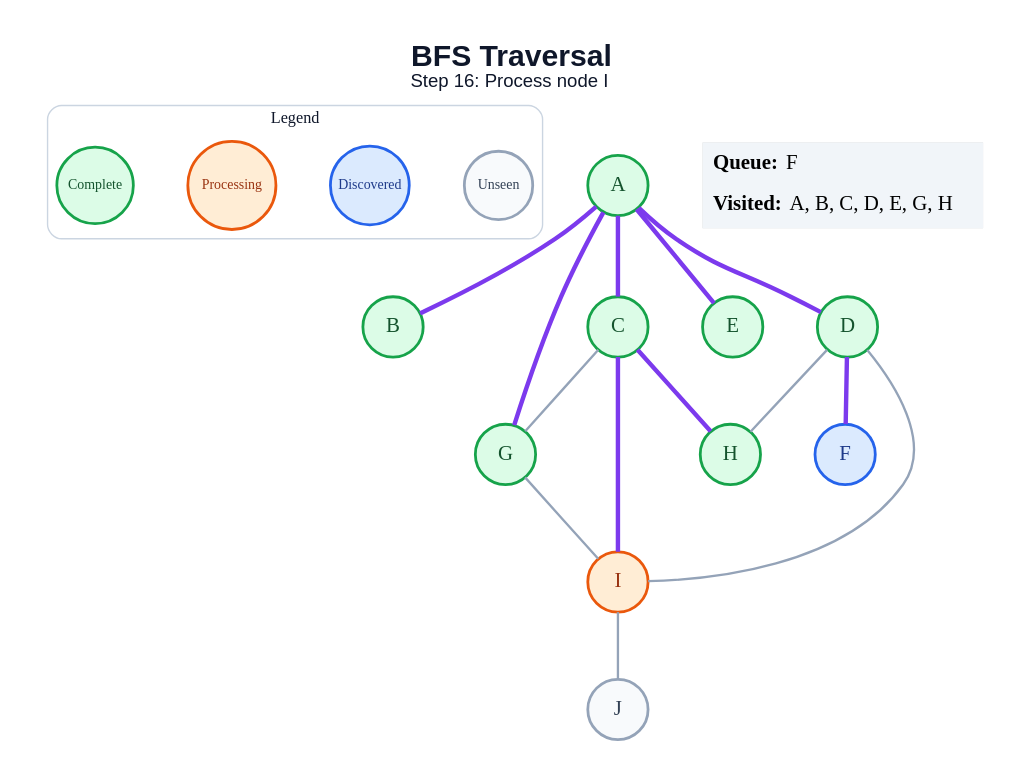
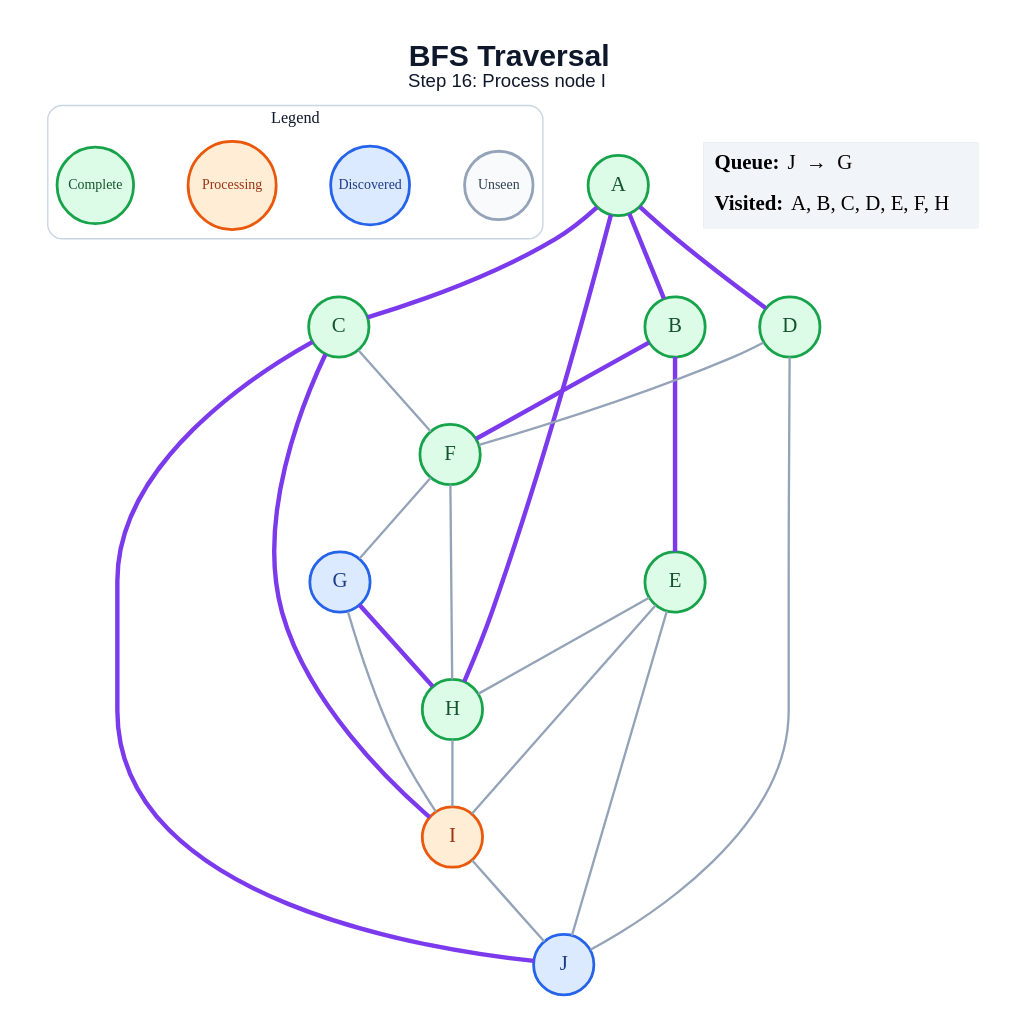
One commit to amanghodawala9/ai-slop changed the diagram in generated/bfs/step_16.dot. Above: the diagram before and after it, drawn with Graphviz. The commit also changed 178 other files, not shown here.

```diff
--- a/generated/bfs/step_16.dot
+++ b/generated/bfs/step_16.dot
@@ -1,42 +1,49 @@
 graph traversal {
   graph [layout=dot, rankdir=TB, bgcolor="#FFFFFF", pad="0.35", nodesep="0.65", ranksep="0.8", fontname="Arial"];
   node [shape=circle, style="filled", fontname="Arial Bold", fontsize=18, width=0.72, fixedsize=true, penwidth=2.4];
   edge [color="#94A3B8", penwidth=2.0];
   label=<<B>BFS Traversal</B><BR/><FONT POINT-SIZE="16">Step 16: Process node I</FONT>>; labelloc="t"; fontsize=26; fontname="Arial"; fontcolor="#0F172A";
   subgraph cluster_legend { label="Legend"; color="#CBD5E1"; penwidth=1.2; style="rounded"; fontsize=14; fontname="Arial Bold";
     key_unseen [label="Unseen", fillcolor="#F8FAFC", color="#94A3B8", fontcolor="#334155", fontsize=12, width=0.82];
     key_frontier [label="Discovered", fillcolor="#DBEAFE", color="#2563EB", fontcolor="#1E3A8A", fontsize=12, width=0.95];
     key_current [label="Processing", fillcolor="#FFEDD5", color="#EA580C", fontcolor="#9A3412", fontsize=12, width=1.05];
     key_done [label="Complete", fillcolor="#DCFCE7", color="#16A34A", fontcolor="#14532D", fontsize=12, width=0.92];
     { rank=same; key_unseen; key_frontier; key_current; key_done; }
   }
   A [fillcolor="#DCFCE7", color="#16A34A", fontcolor="#14532D"];
   B [fillcolor="#DCFCE7", color="#16A34A", fontcolor="#14532D"];
   C [fillcolor="#DCFCE7", color="#16A34A", fontcolor="#14532D"];
   D [fillcolor="#DCFCE7", color="#16A34A", fontcolor="#14532D"];
   E [fillcolor="#DCFCE7", color="#16A34A", fontcolor="#14532D"];
-  F [fillcolor="#DBEAFE", color="#2563EB", fontcolor="#1E3A8A"];
-  G [fillcolor="#DCFCE7", color="#16A34A", fontcolor="#14532D"];
+  F [fillcolor="#DCFCE7", color="#16A34A", fontcolor="#14532D"];
+  G [fillcolor="#DBEAFE", color="#2563EB", fontcolor="#1E3A8A"];
   H [fillcolor="#DCFCE7", color="#16A34A", fontcolor="#14532D"];
   I [fillcolor="#FFEDD5", color="#EA580C", fontcolor="#9A3412"];
-  J [fillcolor="#F8FAFC", color="#94A3B8", fontcolor="#334155"];
+  J [fillcolor="#DBEAFE", color="#2563EB", fontcolor="#1E3A8A"];
   A -- B [color="#7C3AED", penwidth=3.8];
   A -- C [color="#7C3AED", penwidth=3.8];
   A -- D [color="#7C3AED", penwidth=3.8];
-  A -- E [color="#7C3AED", penwidth=3.8];
-  A -- G [color="#7C3AED", penwidth=3.8];
-  C -- G;
-  C -- H [color="#7C3AED", penwidth=3.8];
+  A -- H [color="#7C3AED", penwidth=3.8];
+  B -- E [color="#7C3AED", penwidth=3.8];
+  B -- F [color="#7C3AED", penwidth=3.8];
+  C -- F;
   C -- I [color="#7C3AED", penwidth=3.8];
-  D -- F [color="#7C3AED", penwidth=3.8];
-  D -- H;
-  D -- I;
+  C -- J [color="#7C3AED", penwidth=3.8];
+  D -- F;
+  D -- J;
+  E -- H;
+  E -- I;
+  E -- J;
+  F -- G;
+  F -- H;
+  G -- H [color="#7C3AED", penwidth=3.8];
   G -- I;
+  H -- I;
   I -- J;
   status [shape=plain, fixedsize=false, width=0, height=0, margin=0, label=<
     <TABLE BORDER="0" CELLBORDER="0" CELLPADDING="7" BGCOLOR="#F1F5F9">
-      <TR><TD ALIGN="LEFT"><B>Queue:</B> F</TD></TR>
-      <TR><TD ALIGN="LEFT"><B>Visited:</B> A, B, C, D, E, G, H</TD></TR>
+      <TR><TD ALIGN="LEFT"><B>Queue:</B> J  →  G</TD></TR>
+      <TR><TD ALIGN="LEFT"><B>Visited:</B> A, B, C, D, E, F, H</TD></TR>
     </TABLE>
   >];
 }
```
